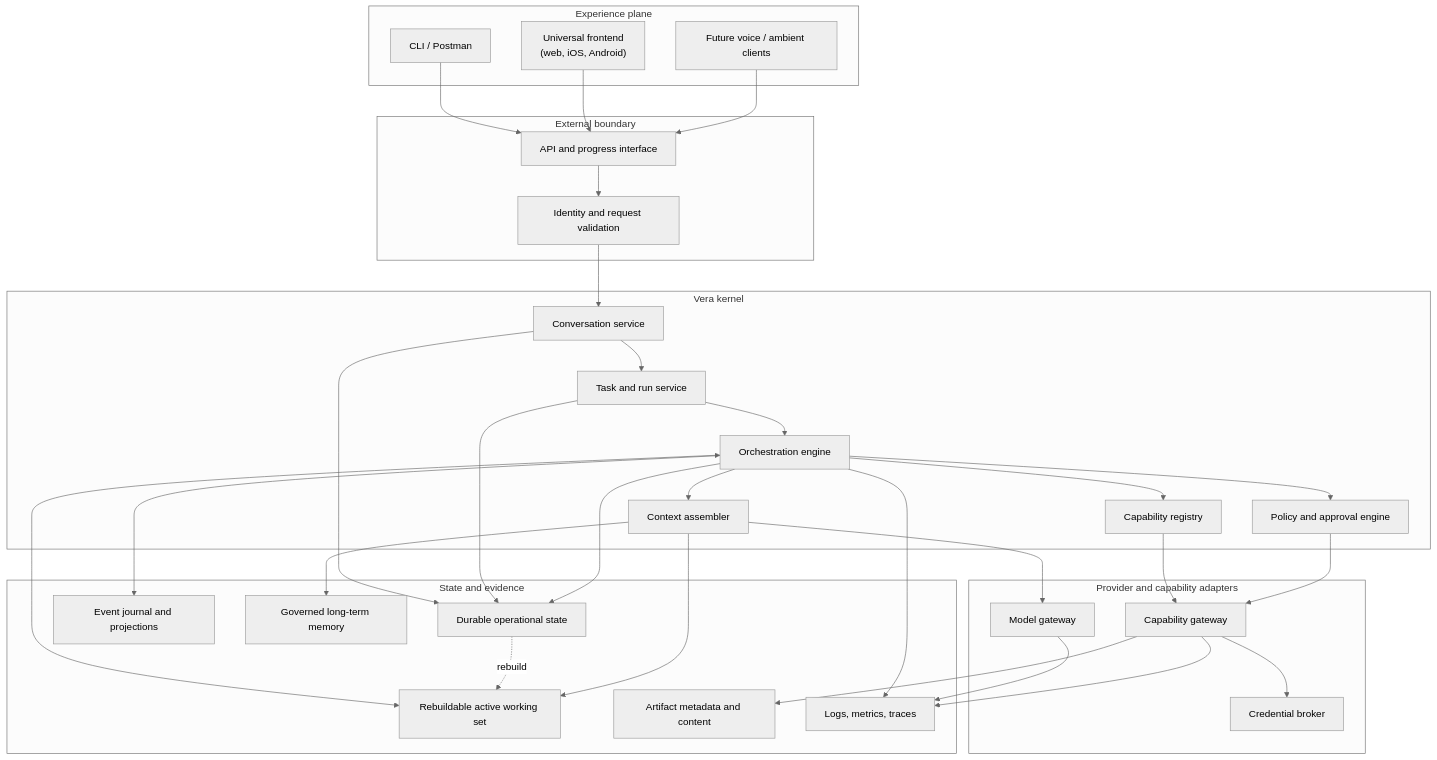
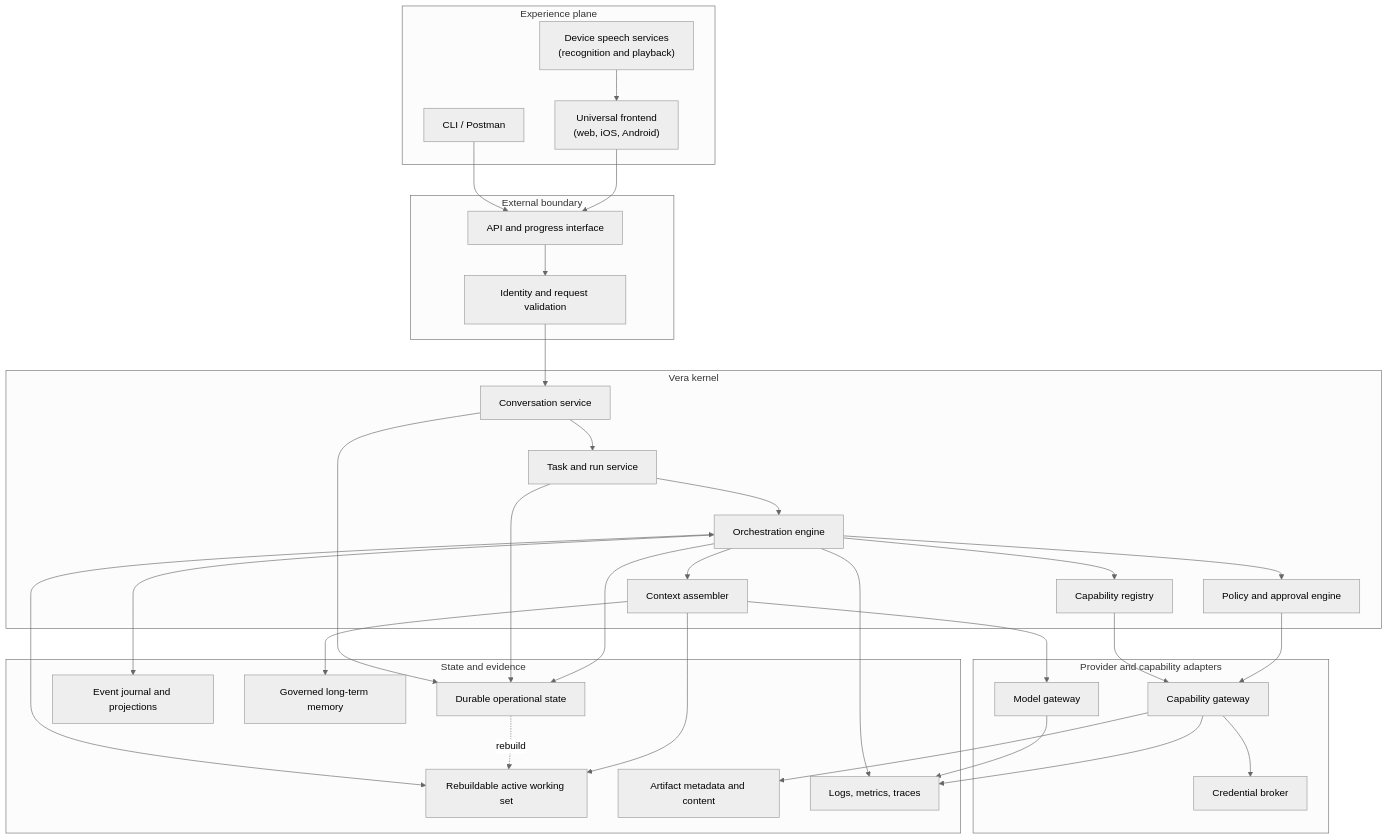
Before and after one commit to 4romgod/vera: the second of 12 diagrams in docs/system-architecture.md, drawn with Mermaid (neutral theme). The commit also changed other lines of this file and 38 other files, not shown here.

Commit message:
feat(frontend): build voice-first assistant experience (#18)

````diff
--- a/docs/system-architecture.md
+++ b/docs/system-architecture.md
@@ -79,63 +80,63 @@
 ```mermaid
 flowchart TB
     subgraph Experience["Experience plane"]
         CLI["CLI / Postman"]
         FRONTEND["Universal frontend<br/>(web, iOS, Android)"]
-        VOICE["Future voice / ambient clients"]
+        VOICE["Device speech services<br/>(recognition and playback)"]
     end
 
     subgraph Boundary["External boundary"]
         API["API and progress interface"]
         ID["Identity and request validation"]
     end
 
     subgraph Kernel["Vera kernel"]
         CONV["Conversation service"]
         TASK["Task and run service"]
         ORCH["Orchestration engine"]
         POLICY["Policy and approval engine"]
         REG["Capability registry"]
         CONTEXT["Context assembler"]
     end
 
     subgraph Adapters["Provider and capability adapters"]
         MODEL["Model gateway"]
         CAP["Capability gateway"]
         CREDS["Credential broker"]
     end
 
     subgraph State["State and evidence"]
         OPS["Durable operational state"]
         WORK["Rebuildable active working set"]
         EVENTS["Event journal and projections"]
         MEMORY["Governed long-term memory"]
         ART["Artifact metadata and content"]
         OBS["Logs, metrics, traces"]
     end
 
     CLI --> API
     FRONTEND --> API
-    VOICE --> API
+    VOICE --> FRONTEND
     API --> ID --> CONV
     CONV --> TASK --> ORCH
     ORCH --> CONTEXT
     ORCH --> POLICY
     ORCH --> REG
     CONTEXT --> MODEL
     REG --> CAP
     POLICY --> CAP
     CAP --> CREDS
 
     CONV --> OPS
     TASK --> OPS
     ORCH --> OPS
     ORCH <--> WORK
     OPS -. "rebuild" .-> WORK
     ORCH --> EVENTS
     CONTEXT --> WORK
     CONTEXT --> MEMORY
     CAP --> ART
     ORCH --> OBS
     MODEL --> OBS
     CAP --> OBS
 ```
````
